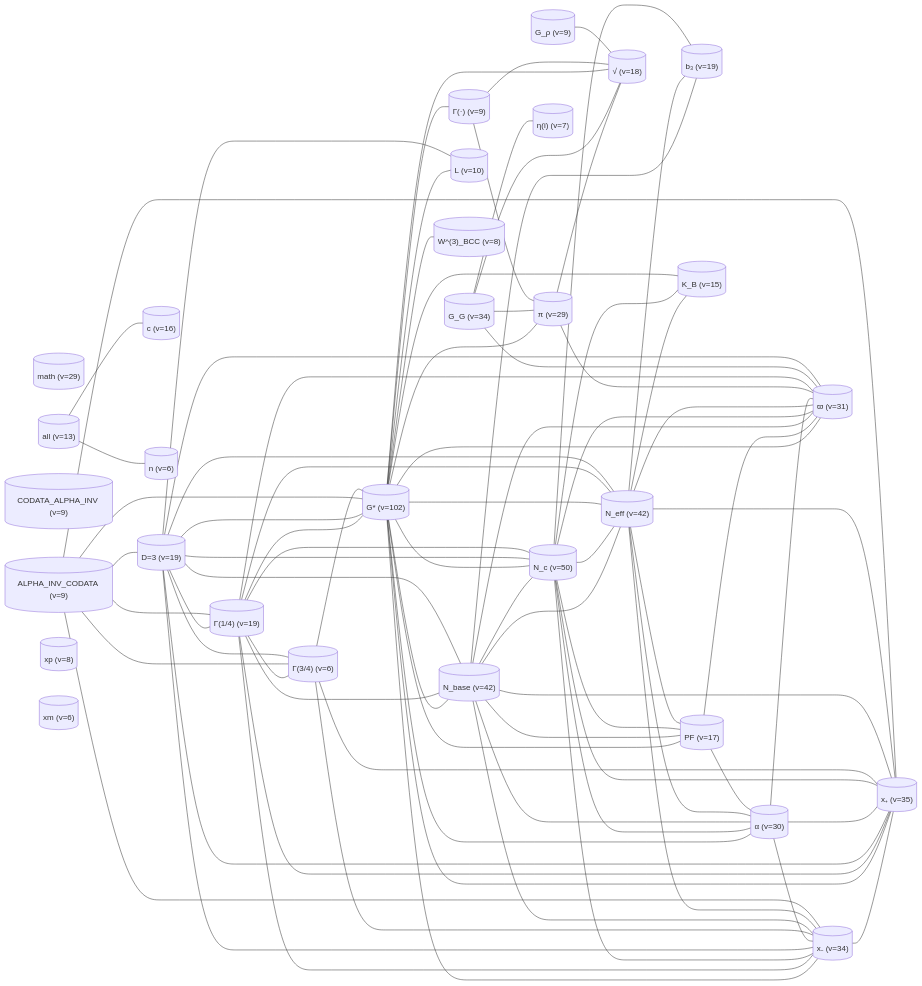
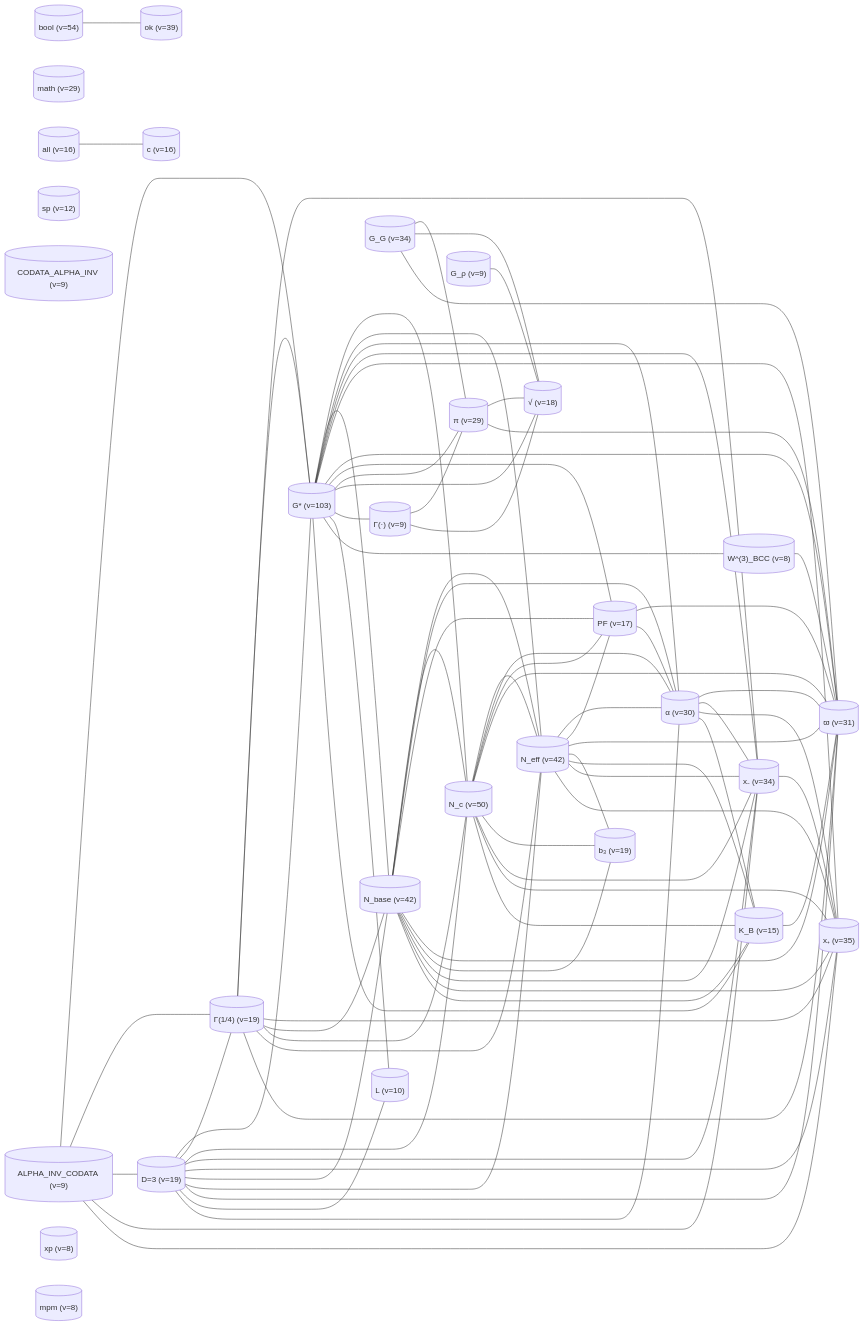
One commit to cpaci-tani/Foundational-Ternary-Dynamics changed diagram 16 of 16 in docs/theory/09_mathematical/NODE_MAP_FTD_MATH.md. Above: the diagram before and after it, drawn with Mermaid. The commit also changed other lines of this file and 2 other files, not shown here.

Commit message:
docs(tracker): dissemination-layer + x-/N_c residual sweeps logged as queued arcs (section 10); math node map regenerated from post-arc LEDGER (json + mermaid md)

````diff
--- a/docs/theory/09_mathematical/NODE_MAP_FTD_MATH.md
+++ b/docs/theory/09_mathematical/NODE_MAP_FTD_MATH.md
@@ -849,9 +882,11 @@
 ```mermaid
 graph LR
-    Gstar[("G* (v=102)")]
+    Gstar[("G* (v=103)")]
+    bool[("bool (v=54)")]
     N_c[("N_c (v=50)")]
     N_base[("N_base (v=42)")]
     N_eff[("N_eff (v=42)")]
+    ok[("ok (v=39)")]
     x_plus[("x₊ (v=35)")]
     G_G[("G_G (v=34)")]
     x_minus[("x₋ (v=34)")]
@@ -865,8 +900,9 @@
     sqrt[("√ (v=18)")]
     PF[("PF (v=17)")]
     c_speed[("c (v=16)")]
+    all[("all (v=16)")]
     k_B[("K_B (v=15)")]
-    all[("all (v=13)")]
+    sp[("sp (v=12)")]
     L[("L (v=10)")]
     G_rho[("G_ρ (v=9)")]
     gamma_fn[("Γ(·) (v=9)")]
@@ -874,16 +910,14 @@
     ALPHA_INV_CODATA[("ALPHA_INV_CODATA (v=9)")]
     W3[("W^(3)_BCC (v=8)")]
     xp[("xp (v=8)")]
-    eta_i[("η(i) (v=7)")]
-    Gamma_three_quarter[("Γ(3/4) (v=6)")]
-    xm[("xm (v=6)")]
-    n[("n (v=6)")]
+    mpm[("mpm (v=8)")]
     N_base --- N_c
     x_minus --- x_plus
     N_base --- N_eff
     Gstar --- N_c
     Gstar --- N_base
     N_c --- N_eff
+    bool --- ok
     Gstar --- N_eff
     Gstar --- alpha
     Gamma_quarter --- Gstar
@@ -915,12 +949,9 @@
     N_eff --- b_3
     ALPHA_INV_CODATA --- Gstar
     G_G --- sqrt
-    G_G --- eta_i
     N_c --- b_3
     N_c --- x_minus
     D --- N_c
-    Gamma_quarter --- Gamma_three_quarter
-    Gamma_three_quarter --- Gstar
     D --- x_minus
     D --- x_plus
     alpha --- x_minus
@@ -934,7 +965,6 @@
     Gstar --- gamma_fn
     N_eff --- k_B
     ALPHA_INV_CODATA --- Gamma_quarter
-    ALPHA_INV_CODATA --- Gamma_three_quarter
     N_c --- x_plus
     Gamma_quarter --- varpi
     Gstar --- L
@@ -943,9 +973,6 @@
     all --- c_speed
     Gstar --- W3
     ALPHA_INV_CODATA --- D
-    D --- Gamma_three_quarter
-    Gamma_three_quarter --- x_minus
-    Gamma_three_quarter --- x_plus
     N_base --- x_minus
     N_base --- x_plus
     N_eff --- x_minus
@@ -955,8 +982,12 @@
     D --- varpi
     D --- L
     G_rho --- sqrt
-    all --- n
     ALPHA_INV_CODATA --- x_minus
     ALPHA_INV_CODATA --- x_plus
     Gstar --- k_B
+    N_base --- k_B
+    alpha --- k_B
+    k_B --- varpi
+    D --- alpha
+    W3 --- varpi
 ```
````
